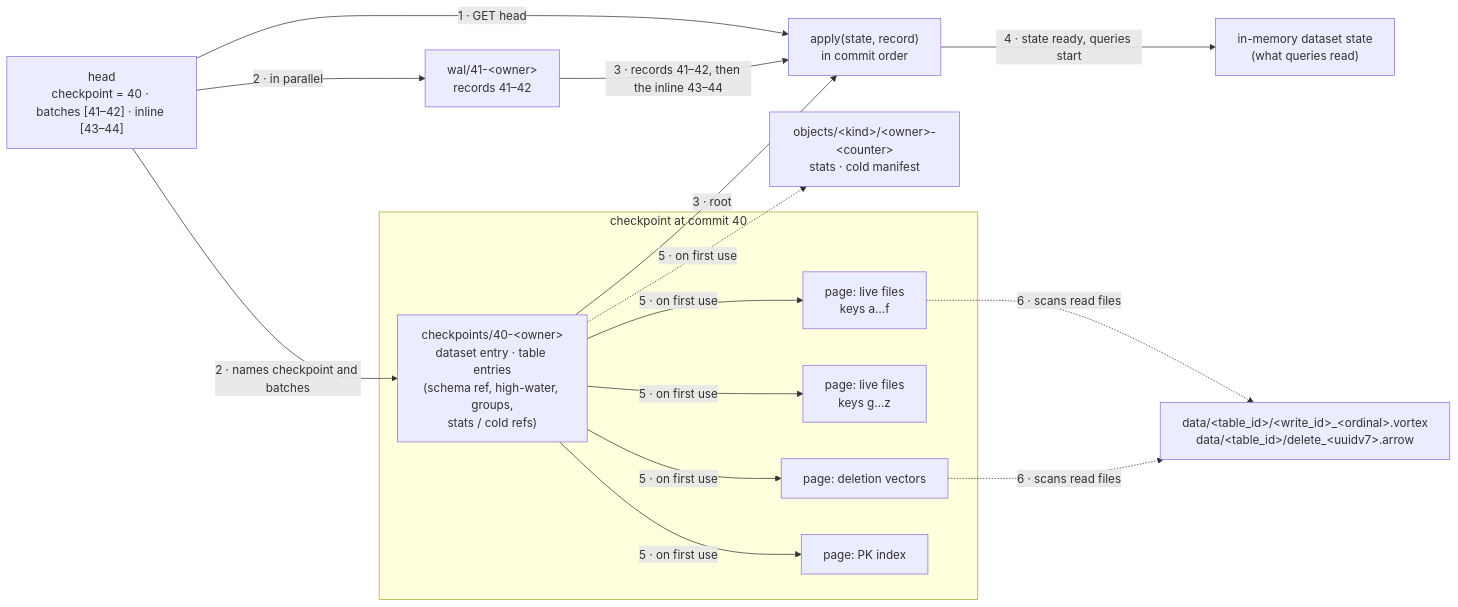
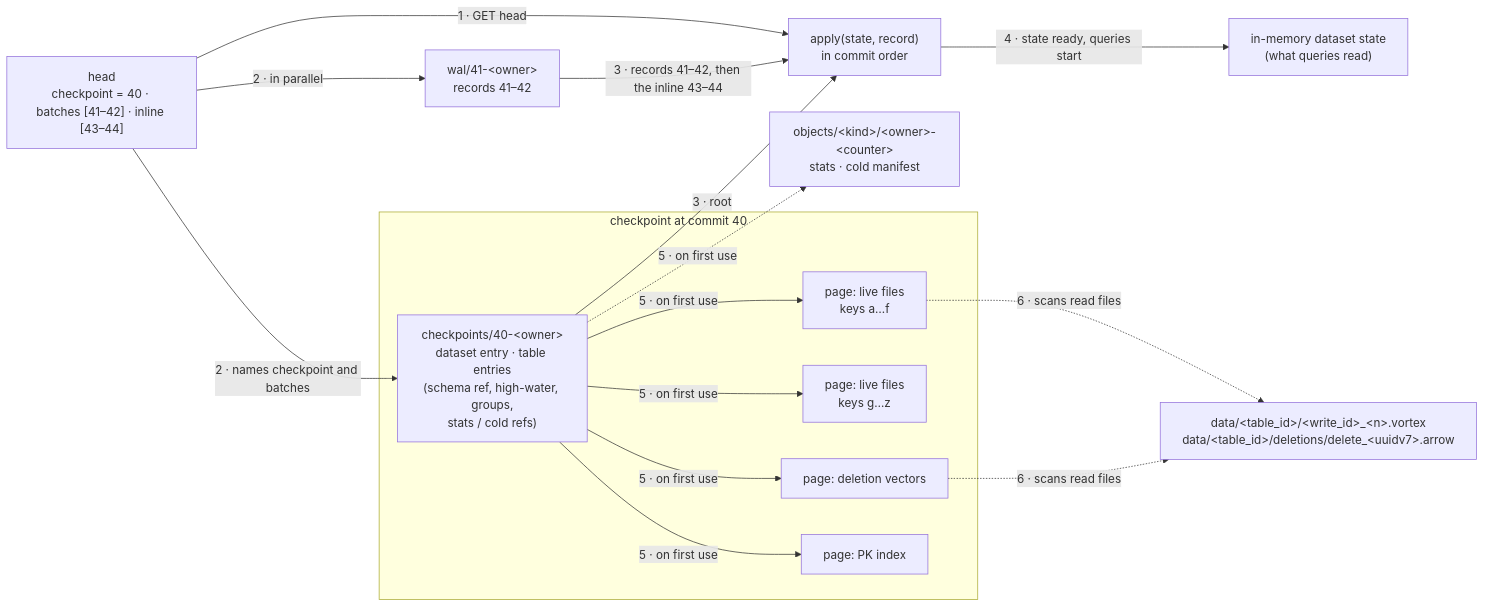
One commit to spiceai/spiceai changed the second of 5 diagrams in docs/design/object-native-metastore-technical.md. Above: the diagram before and after it, drawn with Mermaid. The commit also changed other lines of this file and 2 other files, not shown here.

First line of the commit message:
docs(design): object-native data in the metastore design

````diff
--- a/docs/design/object-native-metastore-technical.md
+++ b/docs/design/object-native-metastore-technical.md
@@ -420,31 +450,31 @@
 ```mermaid
 flowchart LR
     HEAD["head<br/>checkpoint = 40 · batches [41–42] · inline [43–44]"]
 
     subgraph CKPT["checkpoint at commit 40"]
         ROOT["checkpoints/40-&lt;owner&gt;<br/>dataset entry · table entries<br/>(schema ref, high-water, groups,<br/>stats / cold refs)"]
         P1["page: live files<br/>keys a…f"]
         P2["page: live files<br/>keys g…z"]
         P3["page: deletion vectors"]
         P4["page: PK index"]
         ROOT -->|"5 · on first use"| P1
         ROOT -->|"5 · on first use"| P2
         ROOT -->|"5 · on first use"| P3
         ROOT -->|"5 · on first use"| P4
     end
 
     B41["wal/41-&lt;owner&gt;<br/>records 41–42"]
 
     OBJ["objects/&lt;kind&gt;/&lt;owner&gt;-&lt;counter&gt;<br/>stats · cold manifest"]
-    VX["data/&lt;table_id&gt;/&lt;write_id&gt;_&lt;ordinal&gt;.vortex<br/>data/&lt;table_id&gt;/delete_&lt;uuidv7&gt;.arrow"]
+    VX["data/&lt;table_id&gt;/&lt;write_id&gt;_&lt;n&gt;.vortex<br/>data/&lt;table_id&gt;/deletions/delete_&lt;uuidv7&gt;.arrow"]
 
     HEAD -->|"1 · GET head"| APPLY
     HEAD -->|"2 · names checkpoint and batches"| ROOT
     HEAD -->|"2 · in parallel"| B41
     ROOT -->|"3 · root"| APPLY["apply(state, record)<br/>in commit order"]
     B41 -->|"3 · records 41–42, then the inline 43–44"| APPLY
     APPLY -->|"4 · state ready, queries start"| MEM["in-memory dataset state<br/>(what queries read)"]
     ROOT -.->|"5 · on first use"| OBJ
     P1 -.->|"6 · scans read files"| VX
     P3 -.->|"6 · scans read files"| VX
 ```
````
